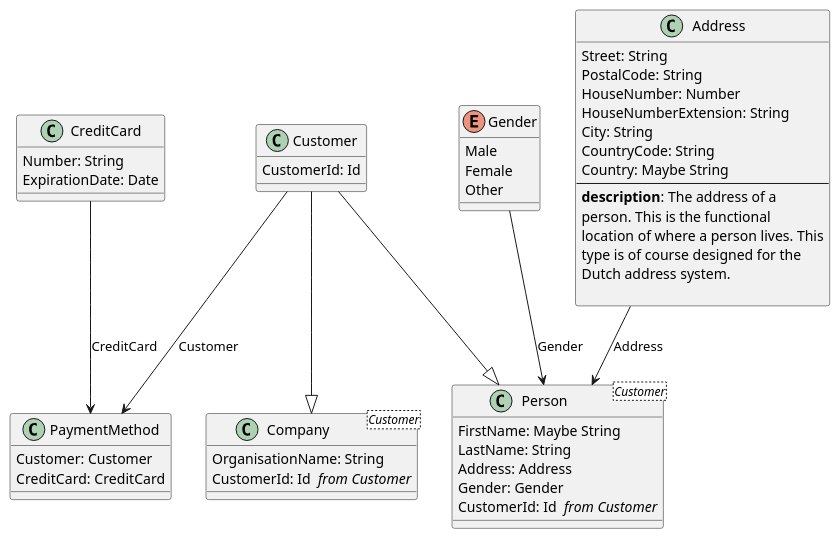
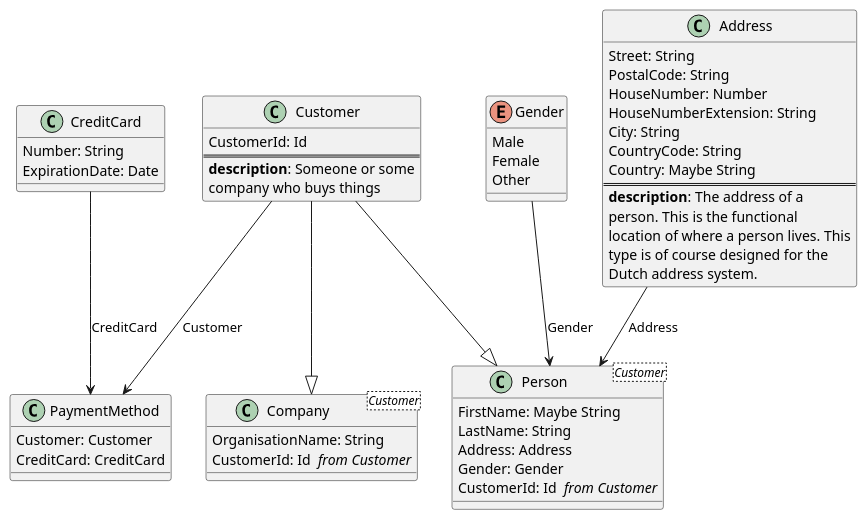
One commit to Baudin999/car-lang changed the diagram in Examples/.out/v0.0.1/Customer/Customer.puml. Above: the diagram before and after it, drawn with PlantUML. The commit also changed 55 other files, not shown here.

Commit message:
Working on flows and maps

```diff
--- a/Examples/.out/v0.0.1/Customer/Customer.puml
+++ b/Examples/.out/v0.0.1/Customer/Customer.puml
@@ -1,50 +1,52 @@
 class "CreditCard" as CreditCard  {
 	Number: String 
 	ExpirationDate: Date 
 }
 enum Gender {
 	Male
 	Female
 	Other
 
 }
 class "Address" as Address  {
 	Street: String 
 	PostalCode: String 
 	HouseNumber: Number 
 	HouseNumberExtension: String 
 	City: String 
 	CountryCode: String 
 	Country: Maybe String
---
+===
   <b>description</b>: The address of a
  person. This is the functional
  location of where a person lives. This
  type is of course designed for the
  Dutch address system.
-    
 }
 class "Person " as Person <Customer> {
 	FirstName: Maybe String
 	LastName: String 
 	Address: Address 
 	Gender: Gender 
 	CustomerId: Id  <i>from Customer</i>
 }
 Address --> Person : Address
 Gender --> Person : Gender
 Customer --|> Person
 class "PaymentMethod" as PaymentMethod  {
 	Customer: Customer 
 	CreditCard: CreditCard 
 }
 Customer --> PaymentMethod : Customer
 CreditCard --> PaymentMethod : CreditCard
 class "Company " as Company <Customer> {
 	OrganisationName: String 
 	CustomerId: Id  <i>from Customer</i>
 }
 Customer --|> Company
 class "Customer" as Customer  {
 	CustomerId: Id 
+===
+  <b>description</b>: Someone or some
+ company who buys things
 }
```
